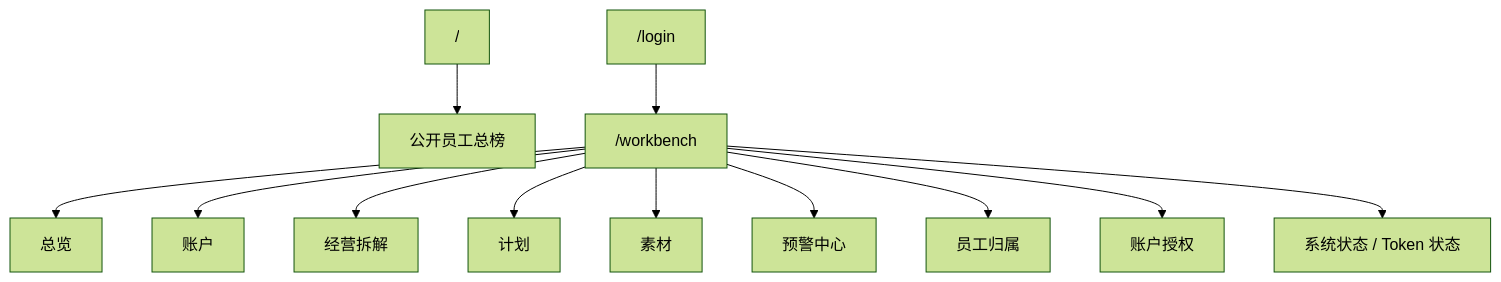
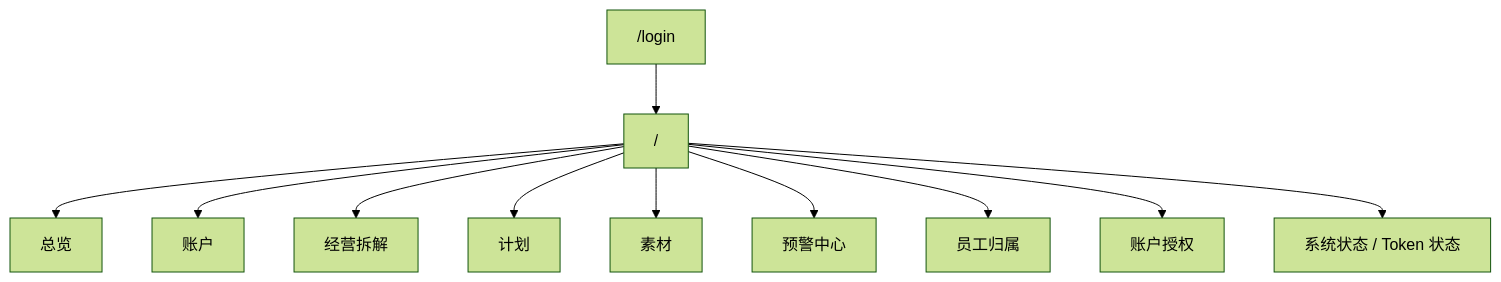
Before and after one commit to qa288/qc2026: the diagram in DOCS/standard/02_页面与交互说明.md, drawn with Mermaid (forest theme). The commit also changed other lines of this file and 21 other files, not shown here.

Commit message:
Unify login-only workbench baseline

````diff
--- a/DOCS/standard/02_页面与交互说明.md
+++ b/DOCS/standard/02_页面与交互说明.md
@@ -5,14 +5,13 @@
 ```mermaid
 flowchart TD
-    A["/"] --> A1["公开员工总榜"]
-    B["/login"] --> C["/workbench"]
-    C --> C1["总览"]
-    C --> C2["账户"]
-    C --> C3["经营拆解"]
-    C --> C4["计划"]
-    C --> C5["素材"]
-    C --> C6["预警中心"]
-    C --> C7["员工归属"]
-    C --> C8["账户授权"]
-    C --> C9["系统状态 / Token 状态"]
+    A["/login"] --> B["/"]
+    B --> B1["总览"]
+    B --> B2["账户"]
+    B --> B3["经营拆解"]
+    B --> B4["计划"]
+    B --> B5["素材"]
+    B --> B6["预警中心"]
+    B --> B7["员工归属"]
+    B --> B8["账户授权"]
+    B --> B9["系统状态 / Token 状态"]
 ```
````
